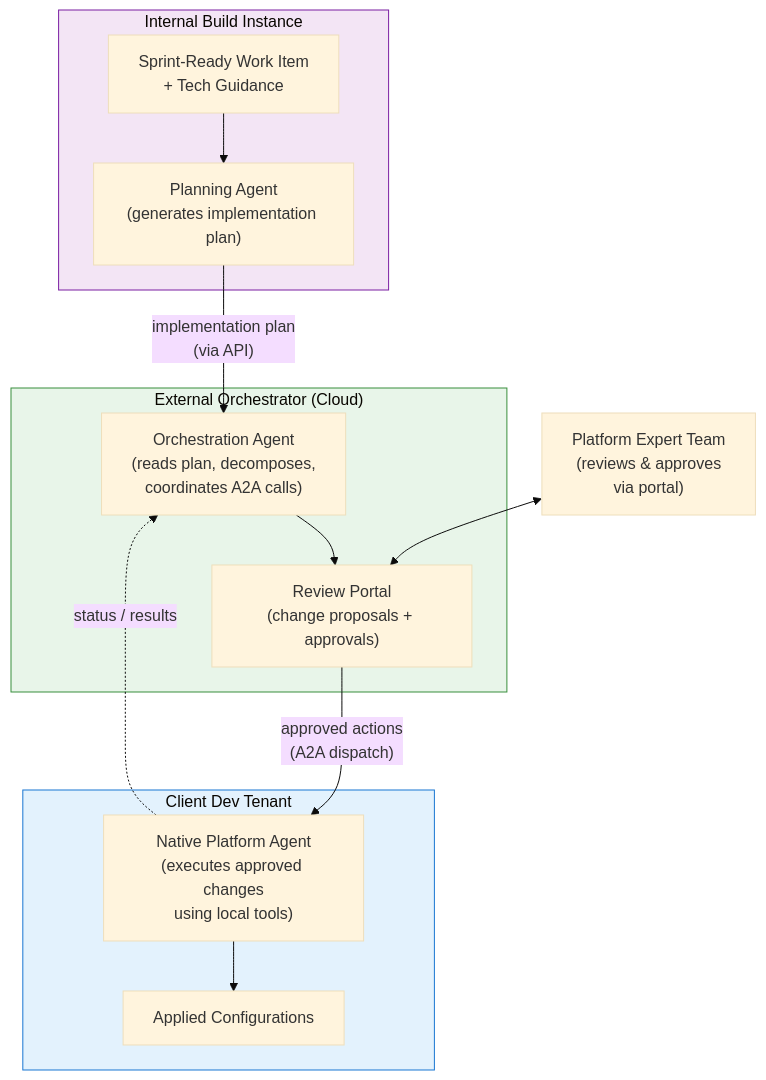
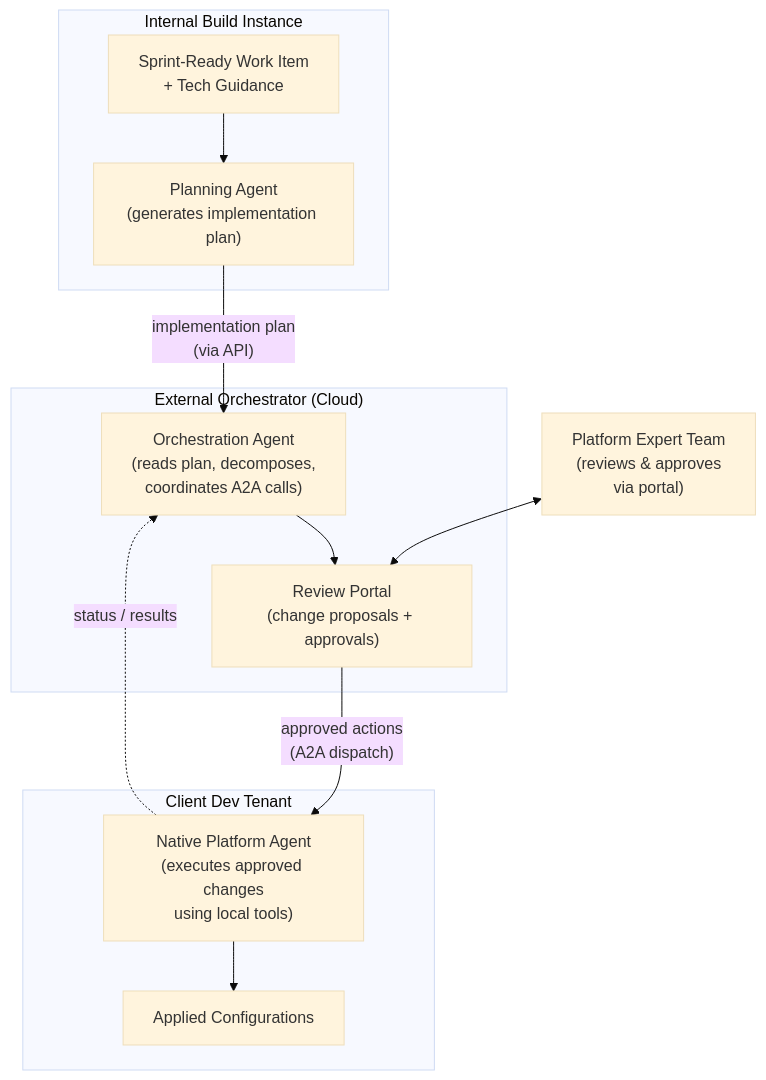
One commit to omars-lab/omars-lab.github.io changed the eighth of 14 diagrams in bytesofpurpose-blog/designs/2026-02-27-autonomous-build-agents.mdx. Above: the diagram before and after it, drawn with Mermaid (base theme). The commit also changed other lines of this file and 6 other files, not shown here.

First line of the commit message:
feat(designs): on-brand mermaid theme + dark-mode-adaptive diagrams

````diff
--- a/bytesofpurpose-blog/designs/2026-02-27-autonomous-build-agents.mdx
+++ b/bytesofpurpose-blog/designs/2026-02-27-autonomous-build-agents.mdx
@@ -620,34 +591,31 @@
 ```mermaid
 flowchart TB
     subgraph BUILD["Internal Build Instance"]
         STORY["Sprint-Ready Work Item<br/>+ Tech Guidance"]
         PLAN_AGENT["Planning Agent<br/>(generates implementation plan)"]
 
         STORY --> PLAN_AGENT
     end
 
     subgraph EXTERNAL["External Orchestrator (Cloud)"]
         ORCH["Orchestration Agent<br/>(reads plan, decomposes,<br/>coordinates A2A calls)"]
         PORTAL["Review Portal<br/>(change proposals + approvals)"]
 
         ORCH --> PORTAL
     end
 
     subgraph CUSTOMER["Client Dev Tenant"]
         REMOTE["Native Platform Agent<br/>(executes approved changes<br/>using local tools)"]
         CONFIGS["Applied Configurations"]
 
         REMOTE --> CONFIGS
     end
 
     PLAN_AGENT -->|"implementation plan<br/>(via API)"| ORCH
     PORTAL -->|"approved actions<br/>(A2A dispatch)"| REMOTE
     REMOTE -.->|"status / results"| ORCH
 
     REVIEWERS["Platform Expert Team<br/>(reviews & approves<br/>via portal)"]
     REVIEWERS <--> PORTAL
 
-    style BUILD fill:#f3e5f5,stroke:#7b1fa2
-    style EXTERNAL fill:#e8f5e9,stroke:#388e3c
-    style CUSTOMER fill:#e3f2fd,stroke:#1976d2
 ```
````
